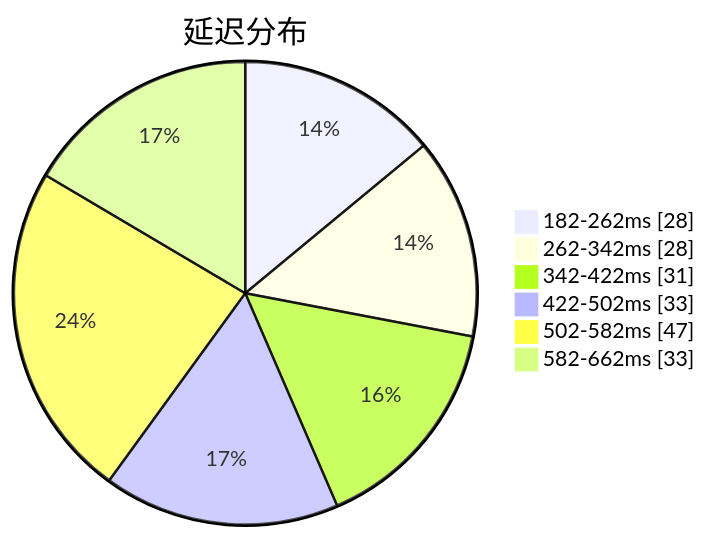
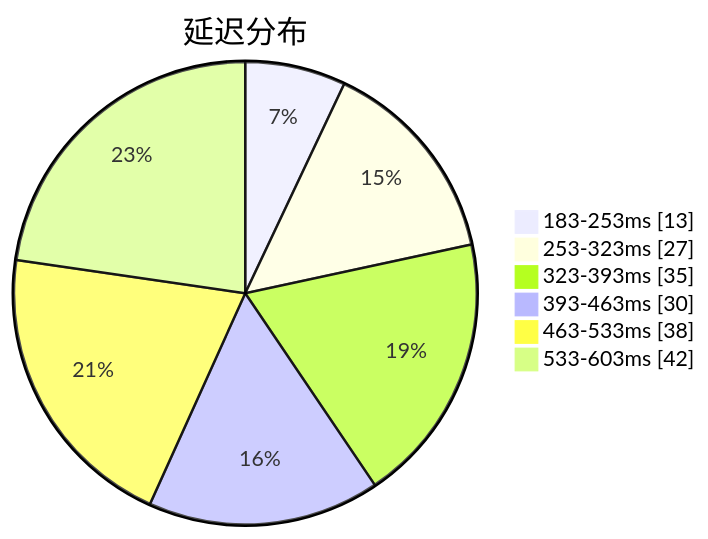
The first of 3 diagrams in subs/statistics/tested_within.md (qjlxg/airport), drawn with Mermaid before and after one commit. The commit also changed other lines of this file and 2 other files, not shown here.

````diff
--- a/subs/statistics/tested_within.md
+++ b/subs/statistics/tested_within.md
@@ -2,10 +2,10 @@
 ```mermaid
 pie showData
 title 延迟分布
-"182-262ms" : 28
-"262-342ms" : 28
-"342-422ms" : 31
-"422-502ms" : 33
-"502-582ms" : 47
-"582-662ms" : 33
+"183-253ms" : 13
+"253-323ms" : 27
+"323-393ms" : 35
+"393-463ms" : 30
+"463-533ms" : 38
+"533-603ms" : 42
 ```
````
